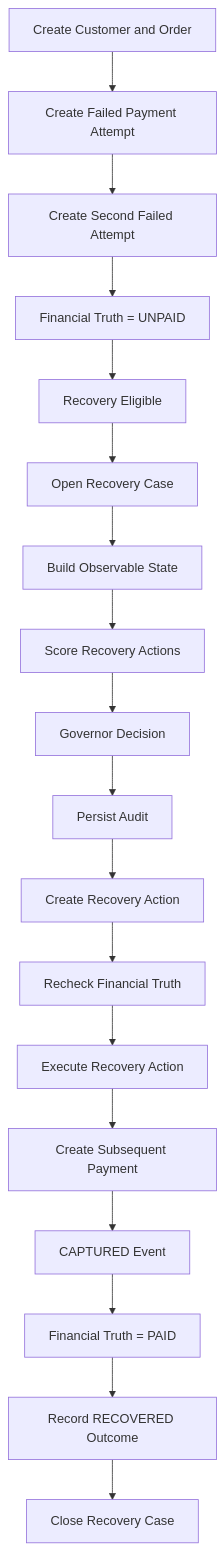
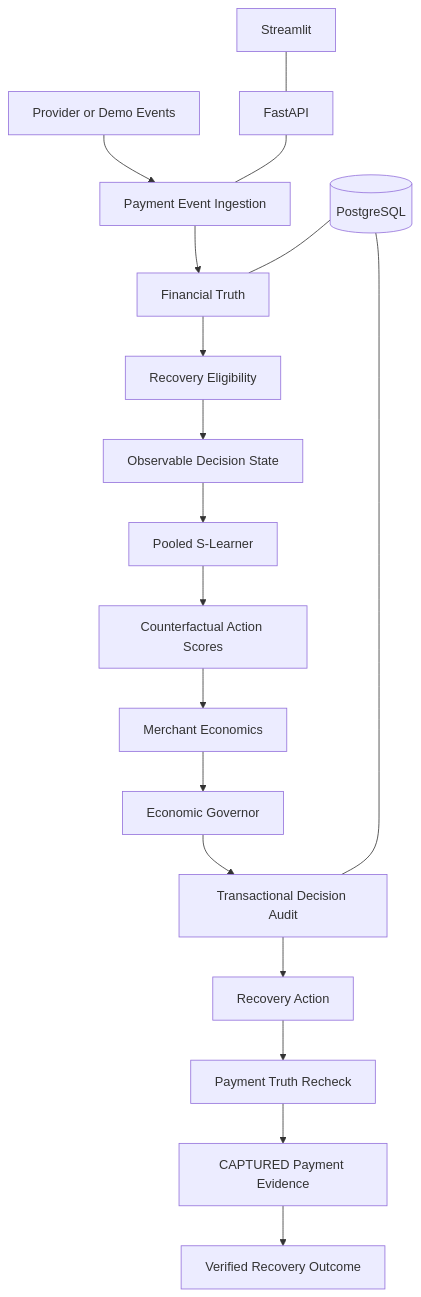
Before and after one commit to anchor369/recovery_governer: the diagram in README.md, drawn with Mermaid. The commit also changed other lines of this file and 6 other files, not shown here.

Commit message:
Finalize Recovery Governor product and public repository

````diff
--- a/README.md
+++ b/README.md
@@ -1464,38 +56,21 @@
 ```mermaid
 flowchart TD
+    E[Provider or Demo Events] --> I[Payment Event Ingestion]
+    I --> T[Financial Truth]
+    T --> G[Recovery Eligibility]
+    G --> S[Observable Decision State]
+    S --> M[Pooled S-Learner]
+    M --> C[Counterfactual Action Scores]
+    C --> V[Merchant Economics]
+    V --> R[Economic Governor]
+    R --> A[Transactional Decision Audit]
+    A --> X[Recovery Action]
+    X --> P[Payment Truth Recheck]
+    P --> K[CAPTURED Payment Evidence]
+    K --> O[Verified Recovery Outcome]
 
-    A[Create Customer and Order]
-        --> B[Create Failed Payment Attempt]
-
-    B --> C[Create Second Failed Attempt]
-
-    C --> D[Financial Truth = UNPAID]
-
-    D --> E[Recovery Eligible]
-
-    E --> F[Open Recovery Case]
-
-    F --> G[Build Observable State]
-
-    G --> H[Score Recovery Actions]
-
-    H --> I[Governor Decision]
-
-    I --> J[Persist Audit]
-
-    J --> K[Create Recovery Action]
-
-    K --> L[Recheck Financial Truth]
-
-    L --> M[Execute Recovery Action]
-
-    M --> N[Create Subsequent Payment]
-
-    N --> O[CAPTURED Event]
-
-    O --> P[Financial Truth = PAID]
-
-    P --> Q[Record RECOVERED Outcome]
-
-    Q --> R[Close Recovery Case]
+    API[FastAPI] --- I
+    DB[(PostgreSQL)] --- T
+    DB --- A
+    UI[Streamlit] --- API
 ```
````
